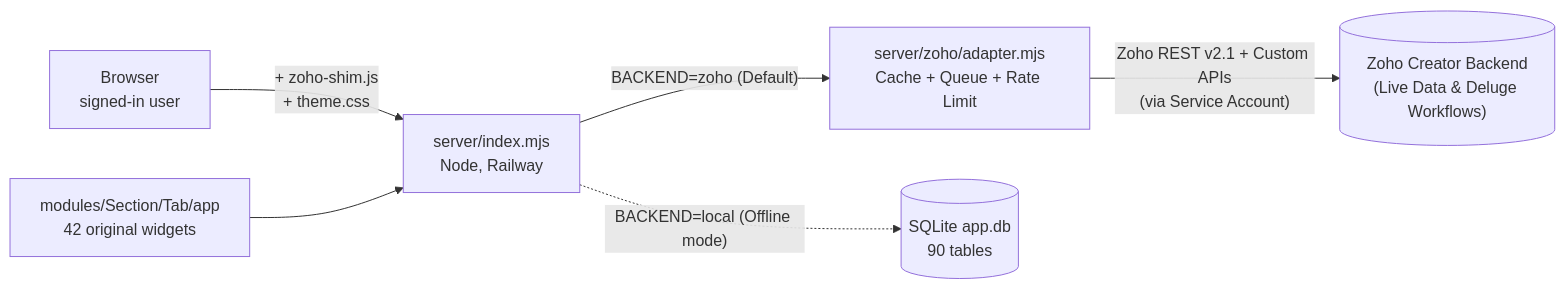
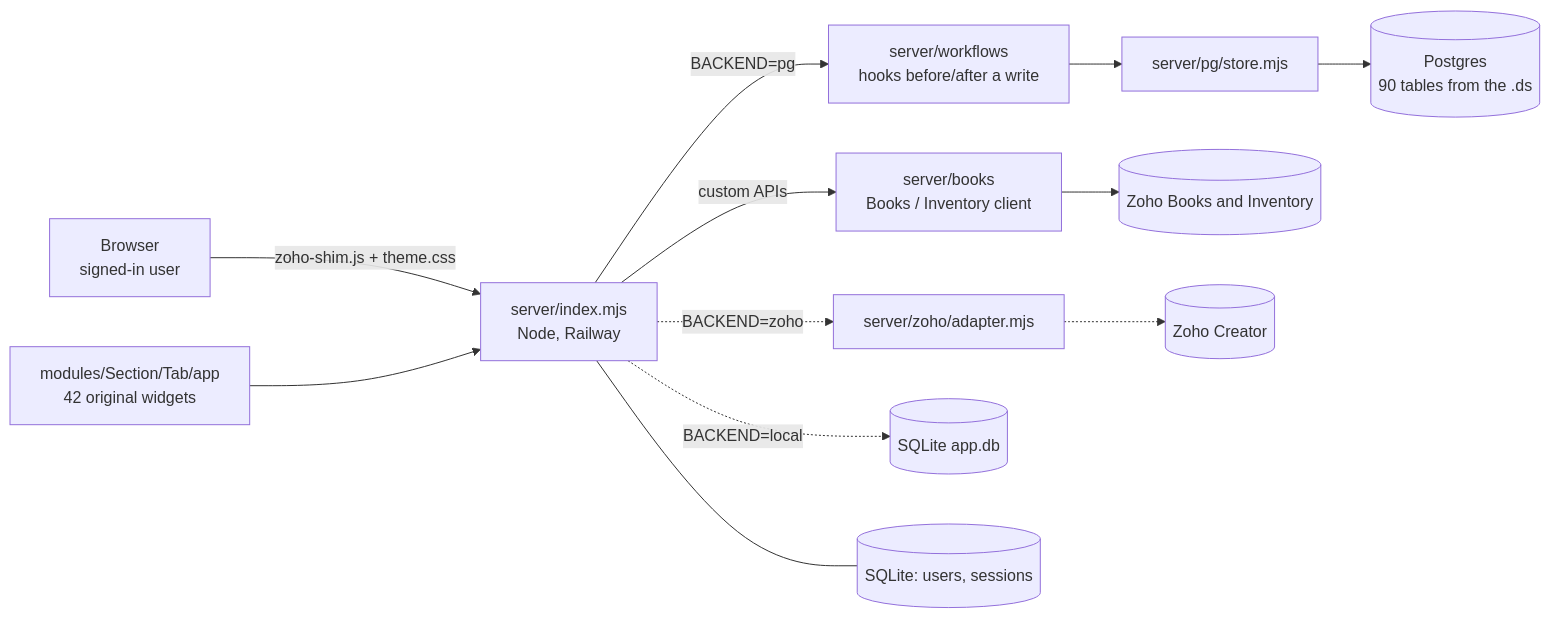
One commit to Yhelie08/Supply-Chain-SystemV2 changed the diagram in vault/Deluge Scripts (Obsidian)/00 - Current System.md. Above: the diagram before and after it, drawn with Mermaid. The commit also changed other lines of this file and 3 other files, not shown here.

Commit message:
Vault: update Current System for Postgres, hooks and Books; add Porting a Workflow guide

````diff
--- a/vault/Deluge Scripts (Obsidian)/00 - Current System.md
+++ b/vault/Deluge Scripts (Obsidian)/00 - Current System.md
@@ -16,8 +27,13 @@
 ```mermaid
 flowchart LR
-    USER["Browser<br/>signed-in user"] -->|"+ zoho-shim.js<br/>+ theme.css"| SRV["server/index.mjs<br/>Node, Railway"]
+    USER["Browser<br/>signed-in user"] -->|"zoho-shim.js + theme.css"| SRV["server/index.mjs<br/>Node, Railway"]
     MOD["modules/Section/Tab/app<br/>42 original widgets"] --> SRV
-    SRV -->|"BACKEND=zoho (Default)"| ADAPTER["server/zoho/adapter.mjs<br/>Cache + Queue + Rate Limit"]
-    ADAPTER -->|"Zoho REST v2.1 + Custom APIs<br/>(via Service Account)"| ZOHO[("Zoho Creator Backend<br/>(Live Data & Deluge Workflows)")]
-    SRV -.->|"BACKEND=local (Offline mode)"| DB[("SQLite app.db<br/>90 tables")]
+    SRV -->|"BACKEND=pg"| HOOKS["server/workflows<br/>hooks before/after a write"]
+    HOOKS --> STORE["server/pg/store.mjs"]
+    STORE --> PG[("Postgres<br/>90 tables from the .ds")]
+    SRV -->|"custom APIs"| BOOKS["server/books<br/>Books / Inventory client"]
+    BOOKS --> ZB[("Zoho Books and Inventory")]
+    SRV -.->|"BACKEND=zoho"| ADAPTER["server/zoho/adapter.mjs"] -.-> ZOHO[("Zoho Creator")]
+    SRV -.->|"BACKEND=local"| SQLITE[("SQLite app.db")]
+    SRV --- AUTH[("SQLite: users, sessions")]
 ```
````
